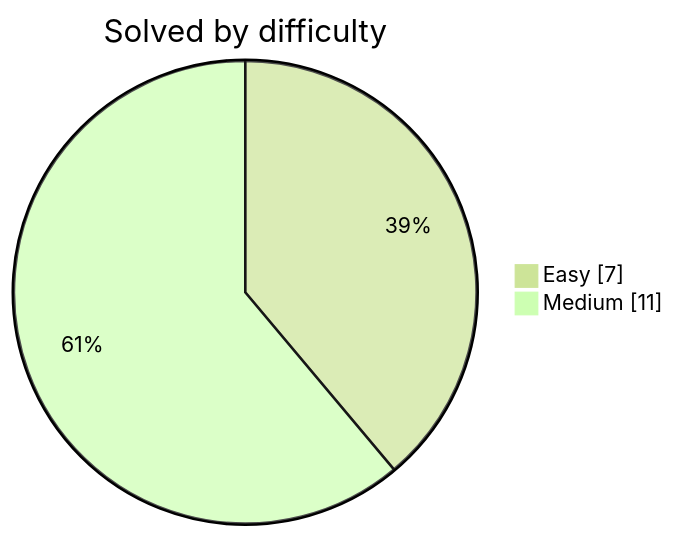
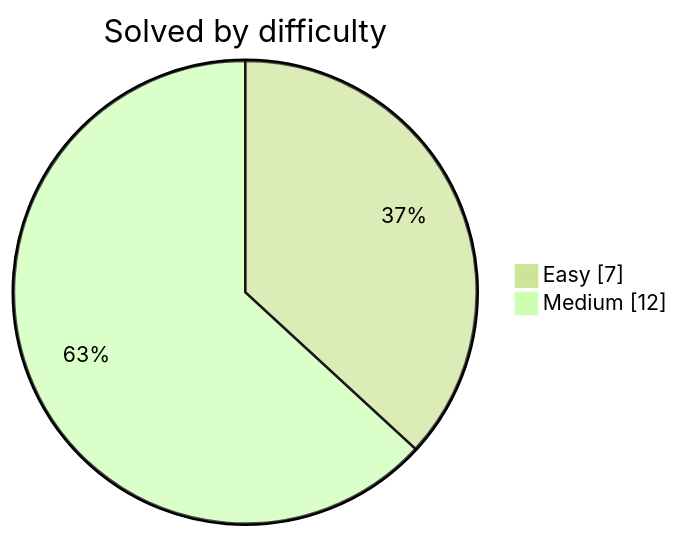
Before and after one commit to DwijeshD/leetcode-solutions: the diagram in README.md, drawn with Mermaid (forest theme). The commit also changed other lines of this file and 2 other files, not shown here.

````diff
--- a/README.md
+++ b/README.md
@@ -31,6 +31,6 @@
 ```mermaid
 pie showData
     title Solved by difficulty
     "Easy" : 7
-    "Medium" : 11
+    "Medium" : 12
 ```
````
